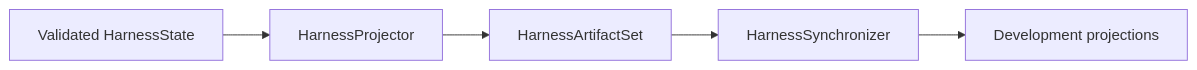
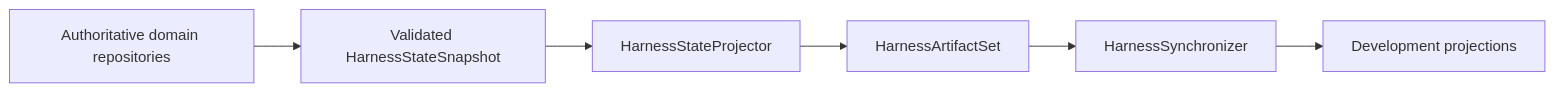
The diagram in docs/architecture/v2/harness/projections.md (eragasa/ksdft2effmass), drawn with Mermaid before and after one commit. The commit also changed other lines of this file and 85 other files, not shown here.

Commit message:
docs(architecture): define workflow and harness agent v2

````diff
--- a/docs/architecture/v2/harness/projections.md
+++ b/docs/architecture/v2/harness/projections.md
@@ -7,7 +7,8 @@
 ```mermaid
 flowchart LR
-    state["Validated HarnessState"] --> projector["HarnessProjector"]
+    repositories["Authoritative domain repositories"] --> state["Validated HarnessStateSnapshot"]
+    state --> projector["HarnessStateProjector"]
     projector --> candidate["HarnessArtifactSet"]
     candidate --> synchronizer["HarnessSynchronizer"]
     synchronizer --> views["Development projections"]
 ```
````
